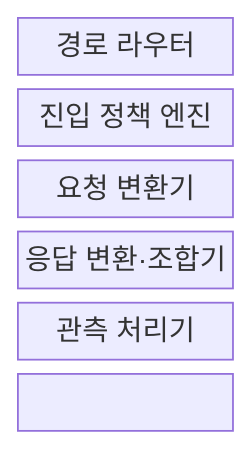
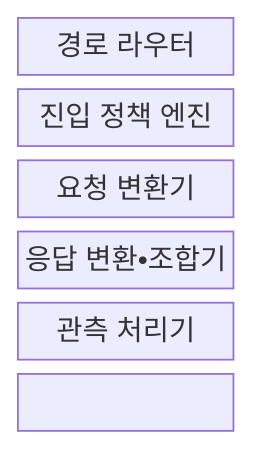
Before and after one commit to agnusdei1207/knowledge-base: the first of 2 diagrams in src/content/docs/notes/03-software/040_api_gateway.md, drawn with Mermaid. The commit also changed other lines of this file and 953 other files, not shown here.

````diff
--- a/src/content/docs/notes/03-software/040_api_gateway.md
+++ b/src/content/docs/notes/03-software/040_api_gateway.md
@@ -74,11 +74,11 @@
 ```mermaid
 block-beta
   columns 1
   R["경로 라우터"]
   P["진입 정책 엔진"]
   T["요청 변환기"]
-  A["응답 변환·조합기"]
+  A["응답 변환•조합기"]
   O["관측 처리기"]
   R --- P --- T
   T --- A --- O
 ```
````
